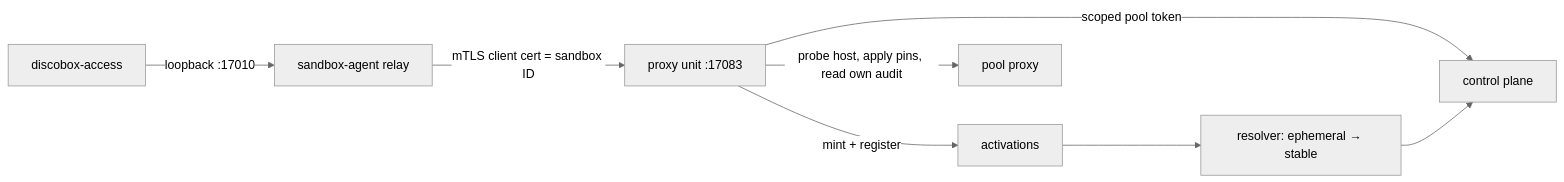
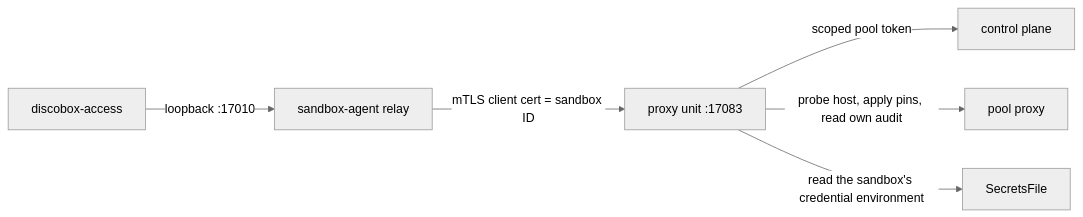
One commit to discobox-ai/discobox changed diagram 11 of 12 in pool-agent/DESIGN.md. Above: the diagram before and after it, drawn with Mermaid (neutral theme). The commit also changed other lines of this file and 681 other files, not shown here.

````diff
--- a/pool-agent/DESIGN.md
+++ b/pool-agent/DESIGN.md
@@ -1822,10 +1712,8 @@
 ```mermaid
 flowchart LR
     cli["discobox-access"] -->|"loopback :17010"| relay["sandbox-agent relay"]
     relay -->|"mTLS client cert = sandbox ID"| broker["proxy unit :17083"]
     broker -->|"scoped pool token"| cp["control plane"]
-    broker -->|"mint + register"| live["activations"]
     broker -->|"probe host, apply pins, read own audit"| proxy["pool proxy"]
-    live --> swap["resolver: ephemeral → stable"]
-    swap --> cp
+    broker -->|"read the sandbox's credential environment"| file["SecretsFile"]
 ```
````
